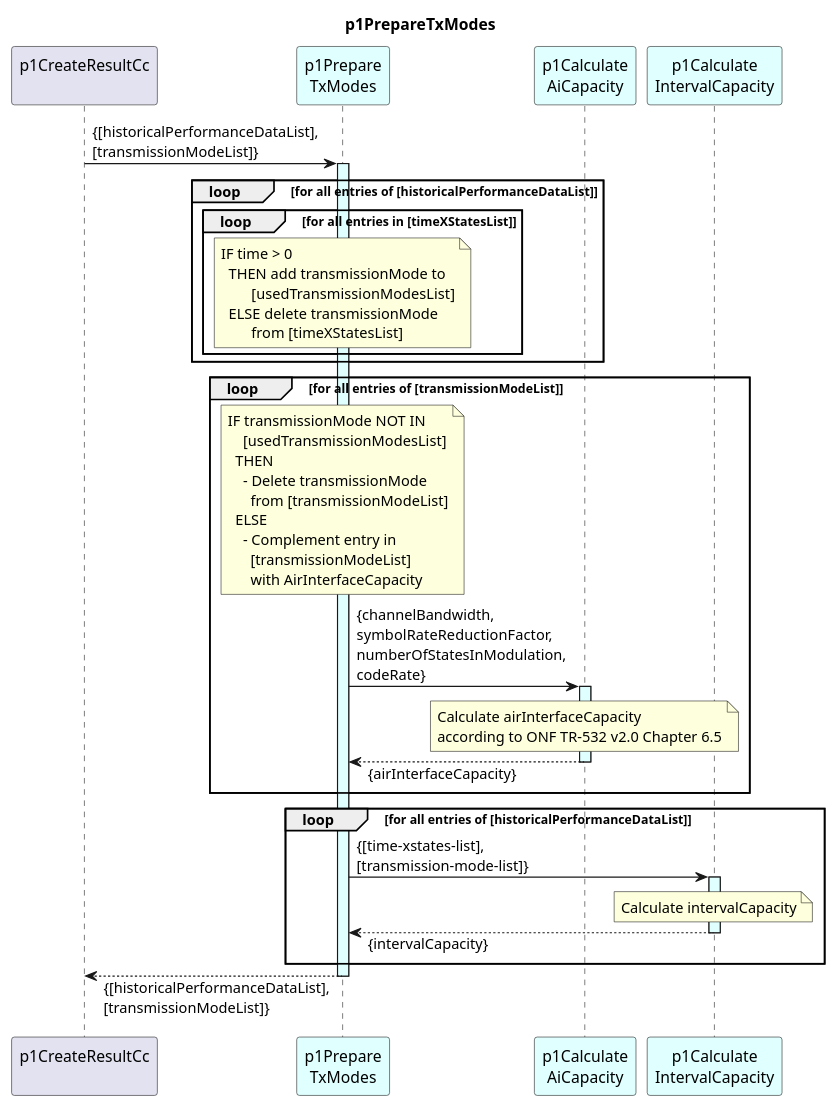
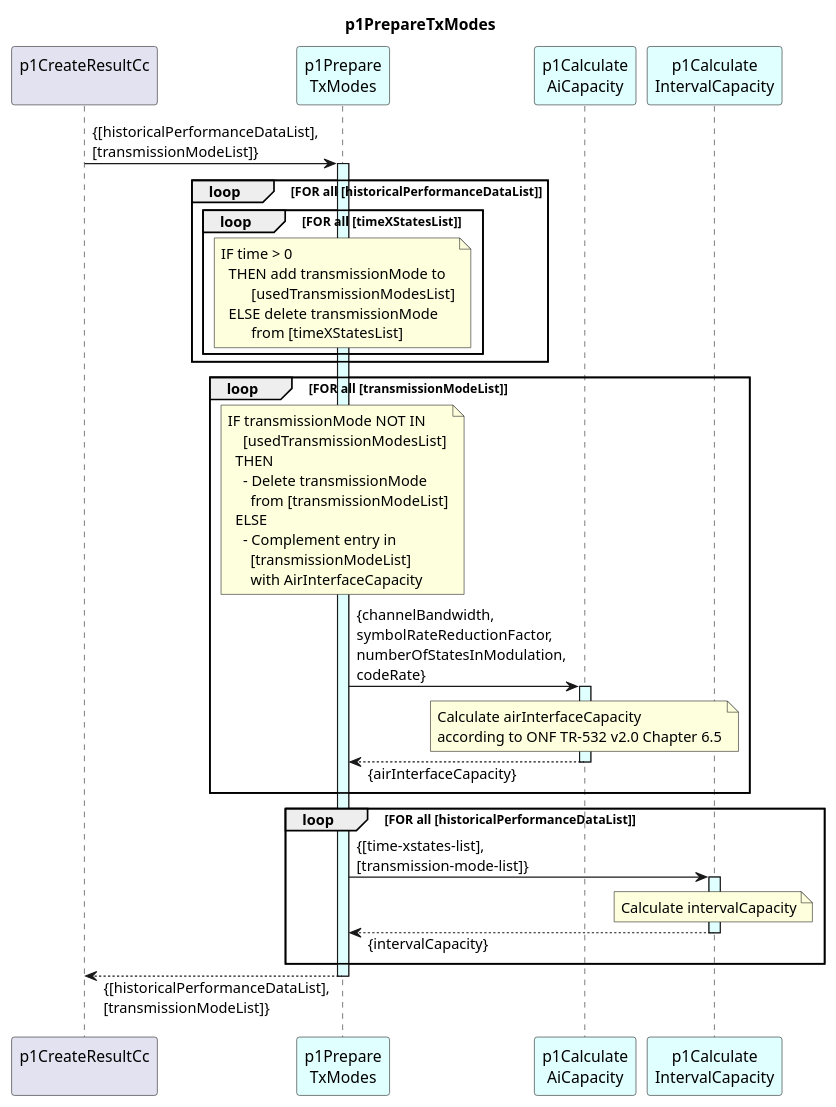
One commit to openBackhaul/DevicePerformanceManagementDataProcessor changed the diagram in spec/Functions/specificFunctions/p1StreamPmData/p1ProcessDevice/p1CreateResultCc/p1PrepareTxModes/1.0.0/p1PrepareTxModes.plantuml. Above: the diagram before and after it, drawn with PlantUML. The commit also changed 21 other files, not shown here.

```diff
--- a/spec/Functions/specificFunctions/p1StreamPmData/p1ProcessDevice/p1CreateResultCc/p1PrepareTxModes/1.0.0/p1PrepareTxModes.plantuml
+++ b/spec/Functions/specificFunctions/p1StreamPmData/p1ProcessDevice/p1CreateResultCc/p1PrepareTxModes/1.0.0/p1PrepareTxModes.plantuml
@@ -1,71 +1,71 @@
 @startuml p1PrepareTxModes
 skinparam responseMessageBelowArrow true
 
 title
   p1PrepareTxModes
 end title
 
 participant "p1CreateResultCc\n" as cur
 
 participant "p1Prepare\nTxModes" as prepTxModes #LightCyan
 participant "p1Calculate\nAiCapacity" as aiCC #LightCyan
 participant "p1Calculate\nIntervalCapacity" as intCC #LightCyan
 
 
 cur -> prepTxModes : {[historicalPerformanceDataList],\n[transmissionModeList]}
 activate prepTxModes #LightCyan
 
-  loop for all entries of [historicalPerformanceDataList]
-    loop for all entries in [timeXStatesList]
+  loop FOR all [historicalPerformanceDataList]
+    loop FOR all [timeXStatesList]
       note over prepTxModes
         IF time > 0
           THEN add transmissionMode to
                 [usedTransmissionModesList]
           ELSE delete transmissionMode 
                 from [timeXStatesList]
       end note
     end loop
   end loop
 
-  loop for all entries of [transmissionModeList]
+  loop FOR all [transmissionModeList]
 
     note over prepTxModes
       IF transmissionMode NOT IN 
           [usedTransmissionModesList]
         THEN 
           - Delete transmissionMode
             from [transmissionModeList]
         ELSE
           - Complement entry in
             [transmissionModeList]
             with AirInterfaceCapacity
     end note
 
     prepTxModes -> aiCC : {channelBandwidth,\nsymbolRateReductionFactor,\nnumberOfStatesInModulation,\ncodeRate}
     activate aiCC #LightCyan
       note over aiCC
         Calculate airInterfaceCapacity
         according to ONF TR-532 v2.0 Chapter 6.5
       end note
     prepTxModes <-- aiCC: {airInterfaceCapacity}
     deactivate aiCC
 
   end loop
 
-  loop for all entries of [historicalPerformanceDataList]
+  loop FOR all [historicalPerformanceDataList]
     prepTxModes -> intCC : {[time-xstates-list],\n[transmission-mode-list]}
     activate intCC #LightCyan
       note over intCC
         Calculate intervalCapacity
       end note
     prepTxModes <-- intCC: {intervalCapacity}
     deactivate intCC
 
   end loop
 
 cur <-- prepTxModes : {[historicalPerformanceDataList],\n[transmissionModeList]}
 deactivate prepTxModes
 
 deactivate cur
 
 @enduml
```
